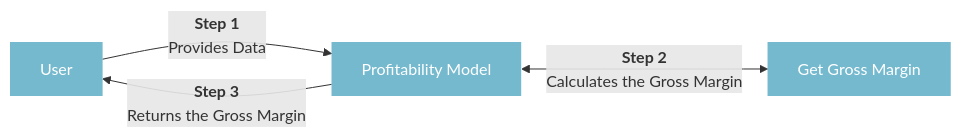
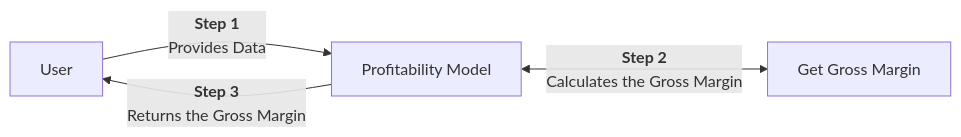
One commit to JerBouma/jerbouma.github.io changed the fourth of 9 diagrams in _pages/coding/structuring-your-model.md. Above: the diagram before and after it, drawn with Mermaid. The commit also changed other lines of this file and 90 other files, not shown here.

```diff
--- a/_pages/coding/structuring-your-model.md
+++ b/_pages/coding/structuring-your-model.md
@@ -77,8 +61,7 @@
 <div class="mermaid">
 flowchart LR;
-classDef boxfont fill:#3b9cba,stroke-width:0px,fill-opacity:0.7,color:white,radius:20px;
 
-Step0["User"]:::boxfont -- <b>Step 1<br></b>Provides Data -->  Step2["Profitability Model"]:::boxfont
-Step2["Profitability Model"]:::boxfont <-- <b>Step 2<br></b>Calculates the Gross Margin -->  Step3["Get Gross Margin"]:::boxfont
-Step2["Profitability Model"]:::boxfont  --<b>Step 3<br></b> Returns the Gross Margin --> Step0["User"]:::boxfont
+Step0["User"] -- <b>Step 1<br></b>Provides Data -->  Step2["Profitability Model"]
+Step2["Profitability Model"] <-- <b>Step 2<br></b>Calculates the Gross Margin -->  Step3["Get Gross Margin"]
+Step2["Profitability Model"]  --<b>Step 3<br></b> Returns the Gross Margin --> Step0["User"]
 </div>
```
